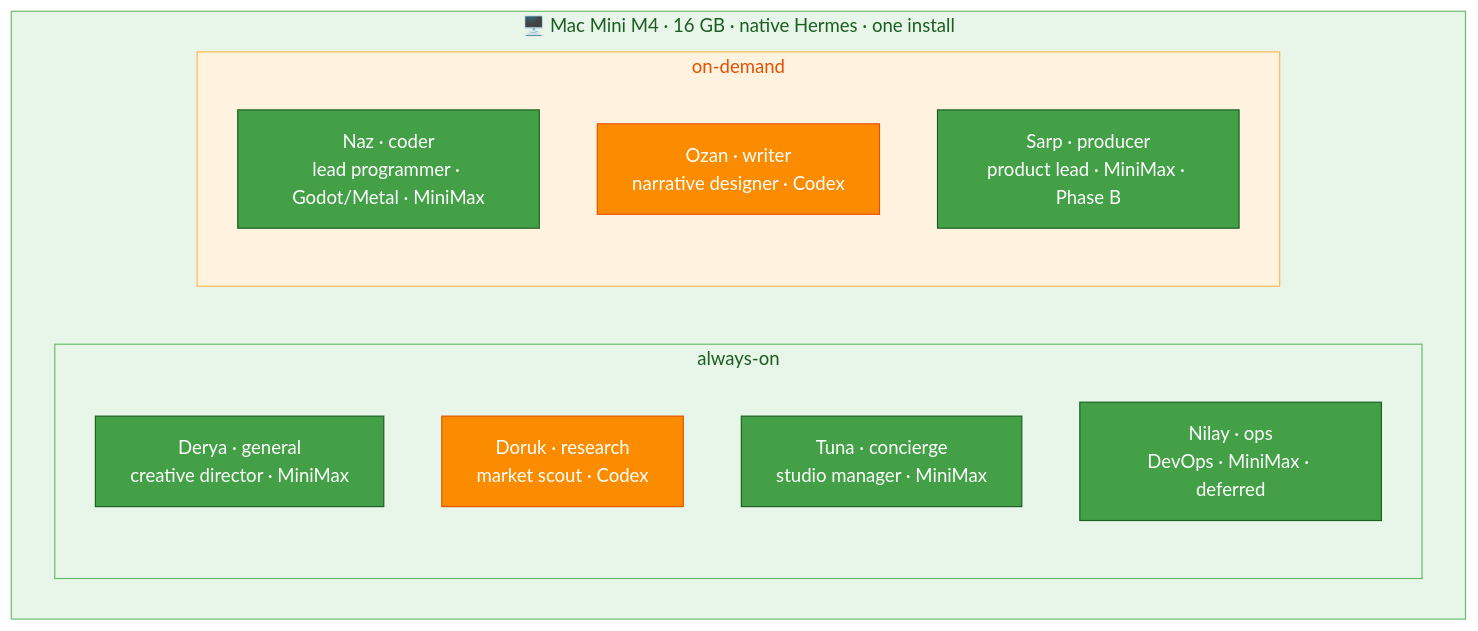
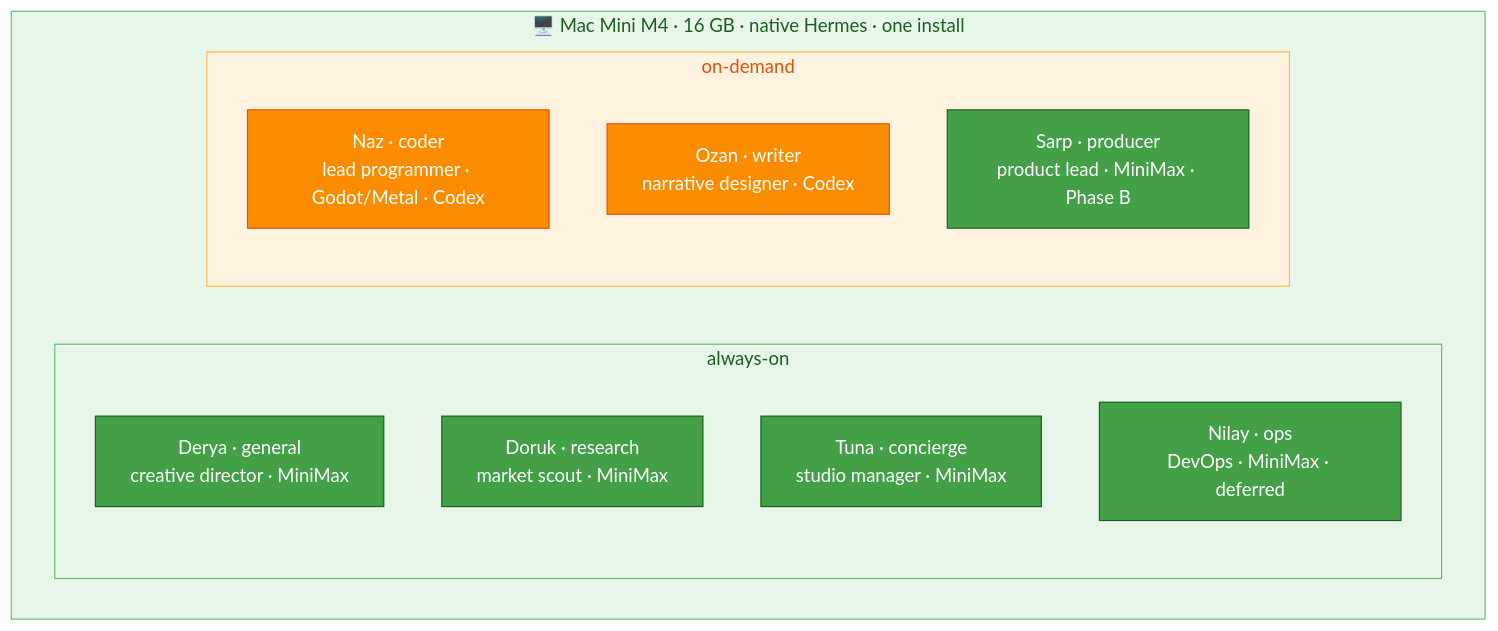
One commit to mpolatcan/hermes-setup changed the diagram in docs/02-agents.md. Above: the diagram before and after it, drawn with Mermaid. The commit also changed other lines of this file and 4 other files, not shown here.

First line of the commit message:
docs(models): Codex = coder + writer; research -> MiniMax M3

````diff
--- a/docs/02-agents.md
+++ b/docs/02-agents.md
@@ -7,21 +7,21 @@
 ```mermaid
 flowchart TB
     subgraph Mini["🖥️ Mac Mini M4 · 16 GB · native Hermes · one install"]
         subgraph always["always-on"]
             general["Derya · general<br/>creative director · MiniMax"]:::mini
-            research["Doruk · research<br/>market scout · Codex"]:::codex
+            research["Doruk · research<br/>market scout · MiniMax"]:::mini
             concierge["Tuna · concierge<br/>studio manager · MiniMax"]:::mini
             ops["Nilay · ops<br/>DevOps · MiniMax · deferred"]:::mini
         end
         subgraph demand["on-demand"]
-            coder["Naz · coder<br/>lead programmer · Godot/Metal · MiniMax"]:::mini
+            coder["Naz · coder<br/>lead programmer · Godot/Metal · Codex"]:::codex
             writer["Ozan · writer<br/>narrative designer · Codex"]:::codex
             producer["Sarp · producer<br/>product lead · MiniMax · Phase B"]:::mini
         end
     end
     classDef mini fill:#43A047,stroke:#1B5E20,color:#fff
     classDef codex fill:#FB8C00,stroke:#E65100,color:#fff
     style Mini fill:#E8F5E9,stroke:#66BB6A,color:#1B5E20
     style always fill:#E8F5E9,stroke:#66BB6A,color:#1B5E20
     style demand fill:#FFF3E0,stroke:#FFB74D,color:#E65100
 ```
````
